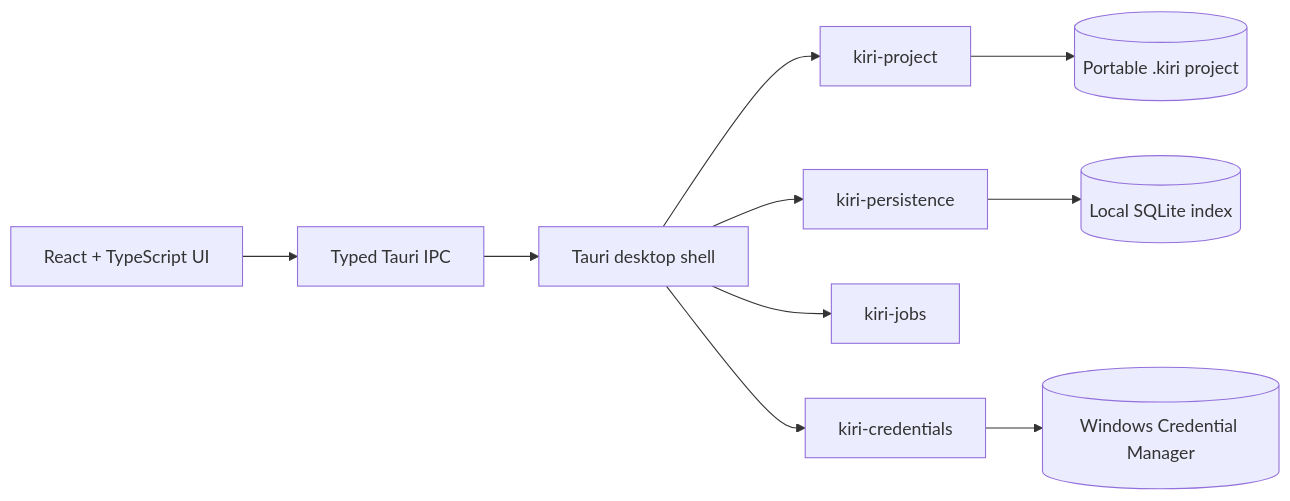
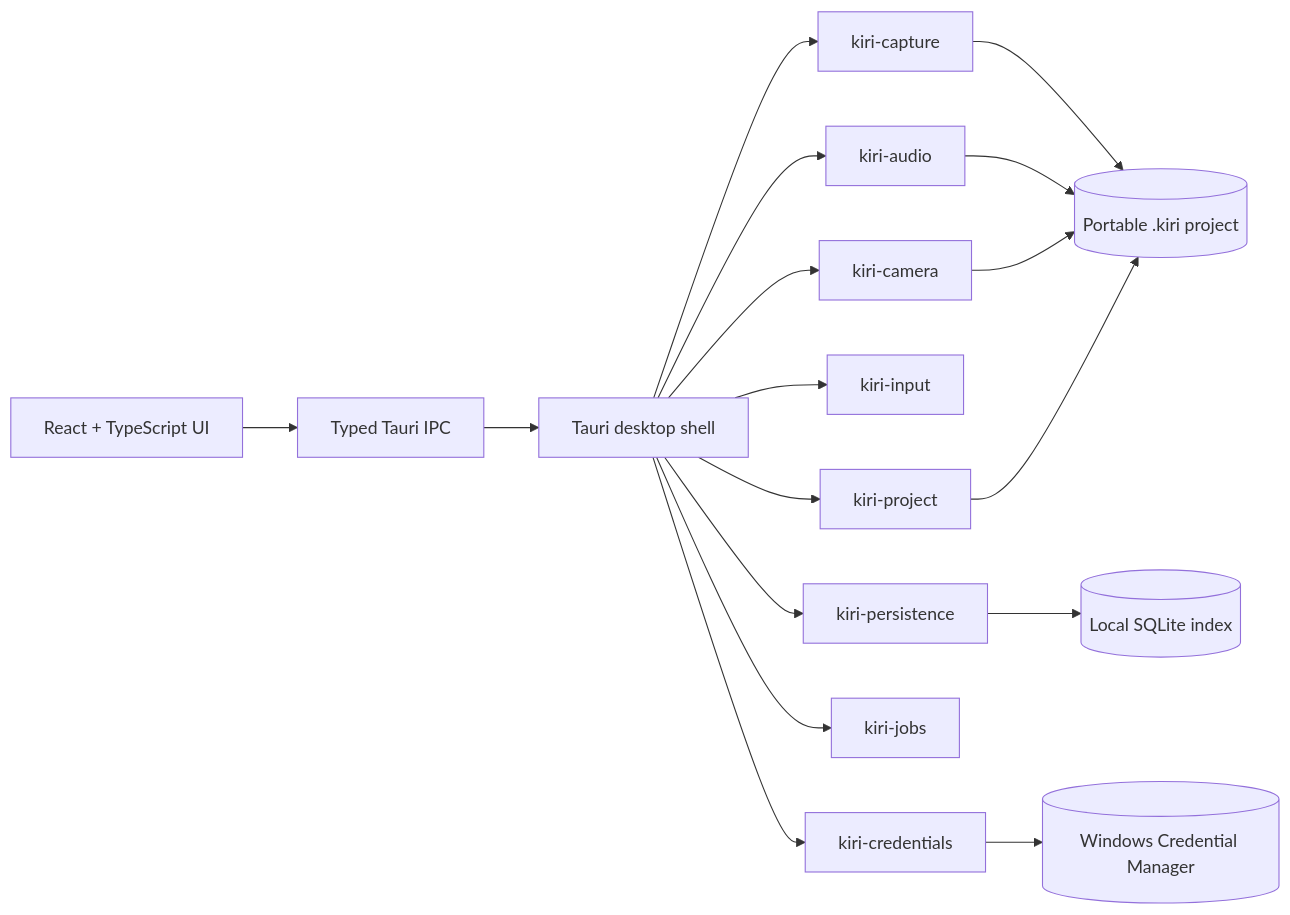
Before and after one commit to Vaibhav9526/Kiri: the diagram in README.md, drawn with Mermaid. The commit also changed other lines of this file and 1 other file, not shown here.

````diff
--- a/README.md
+++ b/README.md
@@ -136,19 +154,27 @@
 ```mermaid
 flowchart LR
     UI[React + TypeScript UI]
     IPC[Typed Tauri IPC]
     Shell[Tauri desktop shell]
+    Capture[kiri-capture]
+    Audio[kiri-audio]
+    Camera[kiri-camera]
+    Input[kiri-input]
     Project[kiri-project]
     Persistence[kiri-persistence]
     Jobs[kiri-jobs]
     Credentials[kiri-credentials]
     Disk[(Portable .kiri project)]
     SQLite[(Local SQLite index)]
     WinCred[(Windows Credential Manager)]
 
     UI --> IPC --> Shell
+    Shell --> Capture --> Disk
+    Shell --> Audio --> Disk
+    Shell --> Camera --> Disk
+    Shell --> Input
     Shell --> Project --> Disk
     Shell --> Persistence --> SQLite
     Shell --> Jobs
     Shell --> Credentials --> WinCred
 ```
````
